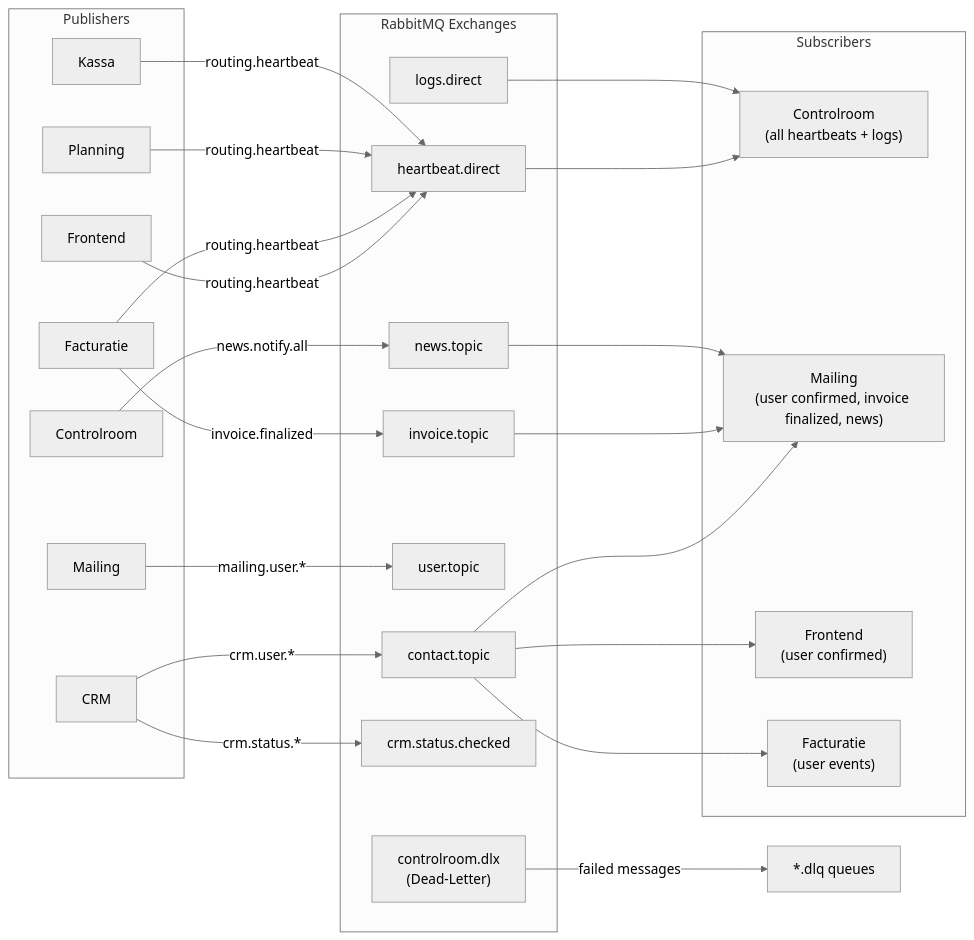
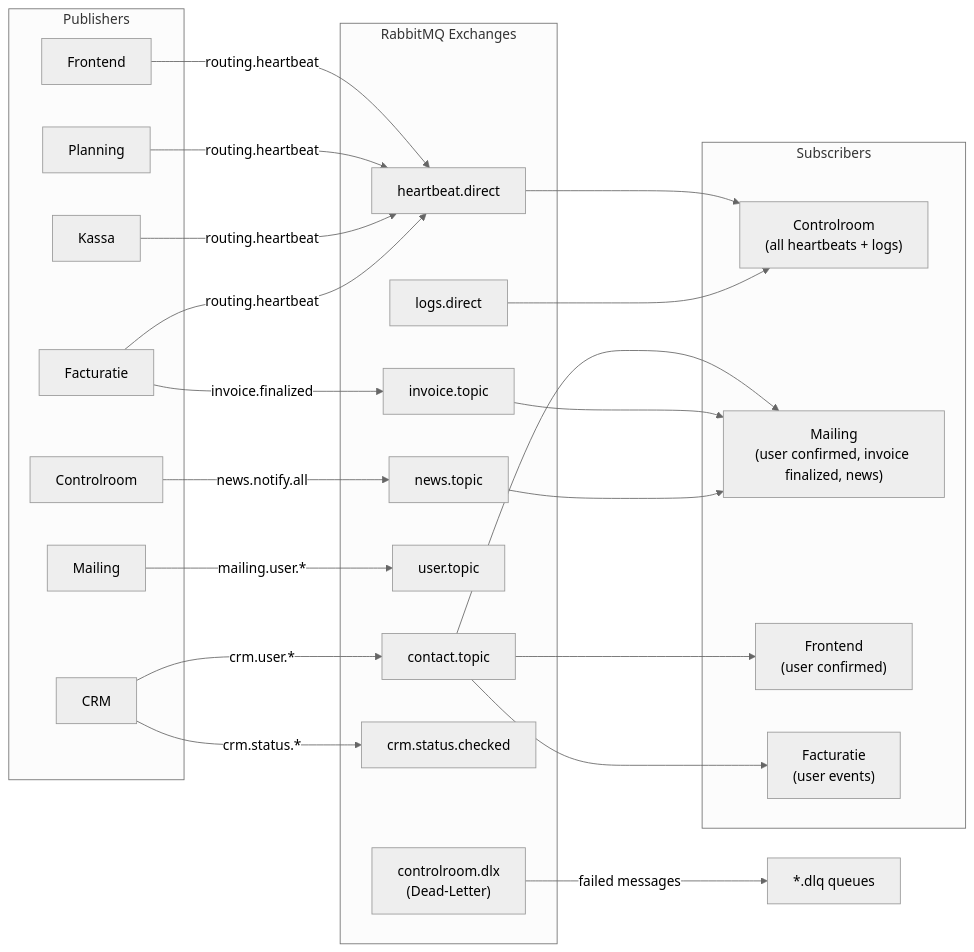
Before and after one commit to Integration-Project-2026-Groep-2/.github: the fifth of 7 diagrams in profile/README.md, drawn with Mermaid (neutral theme). The commit also changed other lines of this file, not shown here.

Commit message:
docs: update README.md to correct routing.heartbeat connections in mermaid diagram

````diff
--- a/profile/README.md
+++ b/profile/README.md
@@ -474,50 +474,50 @@
 ```mermaid
 graph LR
     subgraph PUB["Publishers"]
         FE["Frontend"]
         CRM["CRM"]
         FAC["Facturatie"]
         MAIL["Mailing"]
         PLAN["Planning"]
         KSA["Kassa"]
         CR["Controlroom"]
     end
 
     subgraph EX["RabbitMQ Exchanges"]
         HB["heartbeat.direct"]
         CT["contact.topic"]
         IT["invoice.topic"]
         NT["news.topic"]
         UT["user.topic"]
         LG["logs.direct"]
         ST["crm.status.checked"]
         DLX["controlroom.dlx\n(Dead-Letter)"]
     end
 
     subgraph SUB["Subscribers"]
         CR2["Controlroom\n(all heartbeats + logs)"]
         MAIL2["Mailing\n(user confirmed, invoice finalized, news)"]
         FE2["Frontend\n(user confirmed)"]
         FAC2["Facturatie\n(user events)"]
     end
 
     FE   -->|"routing.heartbeat"| HB
     CRM  -->|"crm.user.*"| CT
     CRM  -->|"crm.status.*"| ST
     FAC  -->|"invoice.finalized"| IT
-    FAC  -->|"routing.heartbeat"| HB
     MAIL -->|"mailing.user.*"| UT
     PLAN -->|"routing.heartbeat"| HB
     KSA  -->|"routing.heartbeat"| HB
+    FAC  -->|"routing.heartbeat"| HB
     CR   -->|"news.notify.all"| NT
 
     HB --> CR2
     LG --> CR2
     CT --> MAIL2
     IT --> MAIL2
     NT --> MAIL2
     CT --> FE2
     CT --> FAC2
 
     DLX -->|failed messages| Q1["*.dlq queues"]
 ```
````
